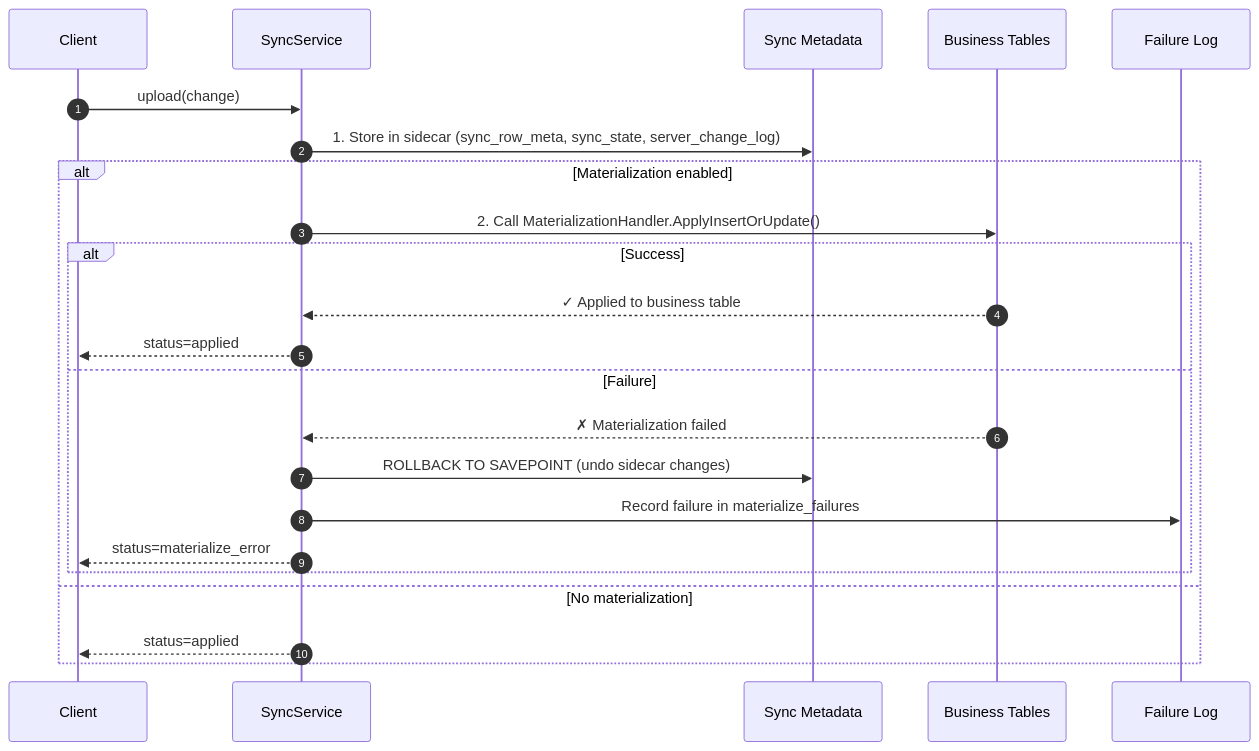
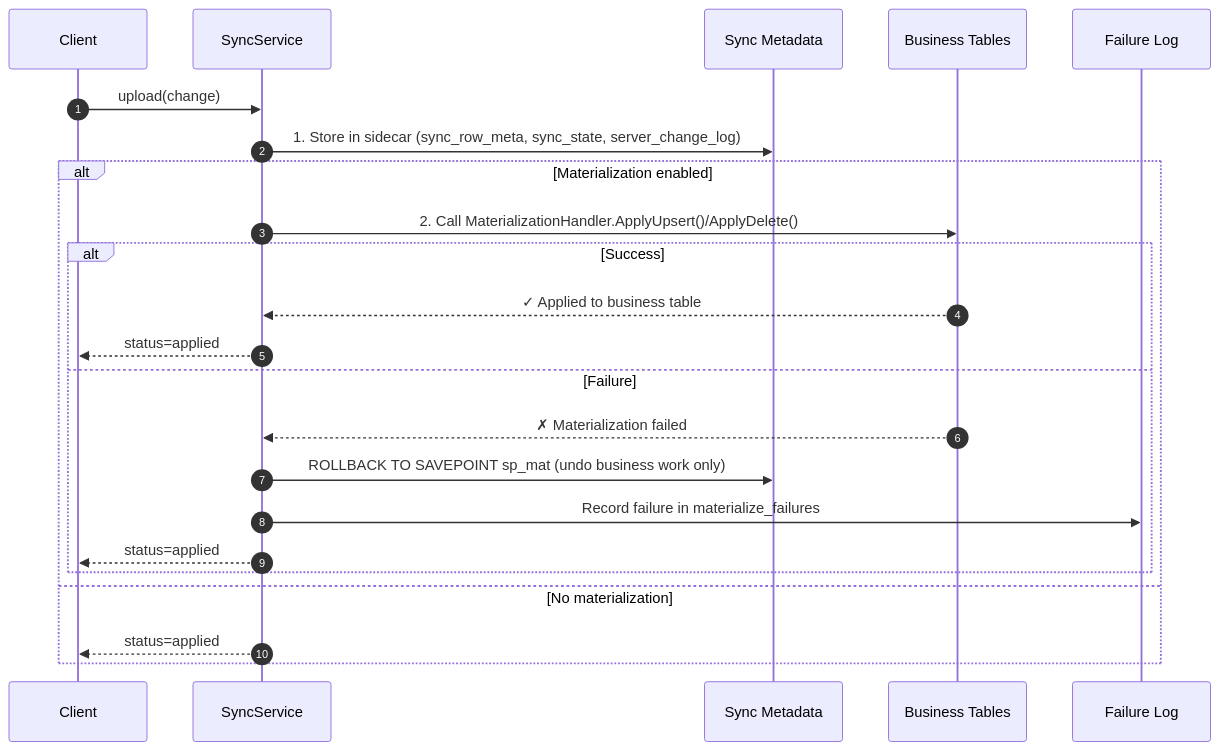
One commit to mobiletoly/go-oversync changed the third of 6 diagrams in docs/documentation/advanced-concepts.md. Above: the diagram before and after it, drawn with Mermaid. The commit also changed other lines of this file and 46 other files, not shown here.

````diff
--- a/docs/documentation/advanced-concepts.md
+++ b/docs/documentation/advanced-concepts.md
@@ -516,27 +524,27 @@
 ```mermaid
 sequenceDiagram
   autonumber
   participant C as Client
   participant S as SyncService
   participant SM as Sync Metadata
   participant BT as Business Tables
   participant FL as Failure Log
 
   C->>S: upload(change)
   S->>SM: 1. Store in sidecar (sync_row_meta, sync_state, server_change_log)
 
   alt Materialization enabled
-    S->>BT: 2. Call MaterializationHandler.ApplyInsertOrUpdate()
+    S->>BT: 2. Call MaterializationHandler.ApplyUpsert()/ApplyDelete()
     alt Success
       BT-->>S: ✓ Applied to business table
       S-->>C: status=applied
     else Failure
       BT-->>S: ✗ Materialization failed
-      S->>SM: ROLLBACK TO SAVEPOINT (undo sidecar changes)
+      S->>SM: ROLLBACK TO SAVEPOINT sp_mat (undo business work only)
       S->>FL: Record failure in materialize_failures
-      S-->>C: status=materialize_error
+      S-->>C: status=applied
     end
   else No materialization
     S-->>C: status=applied
   end
 ```
````
